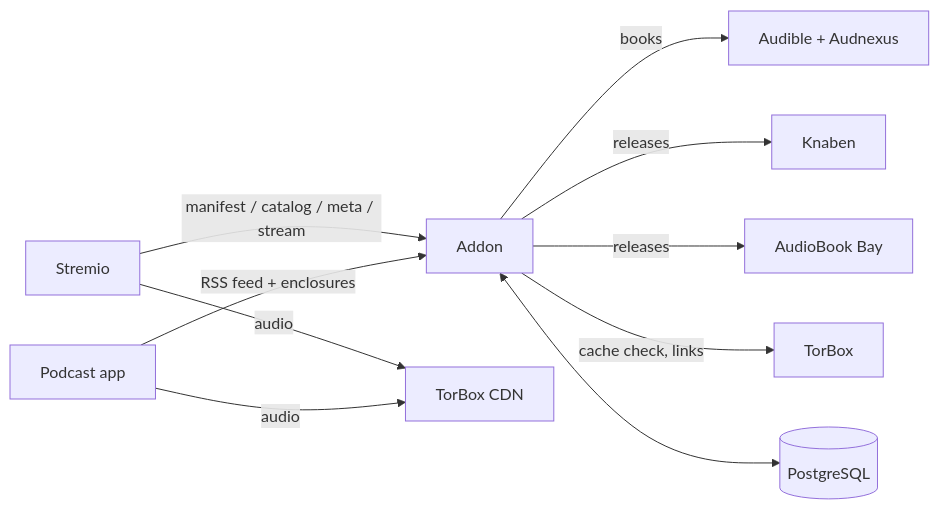
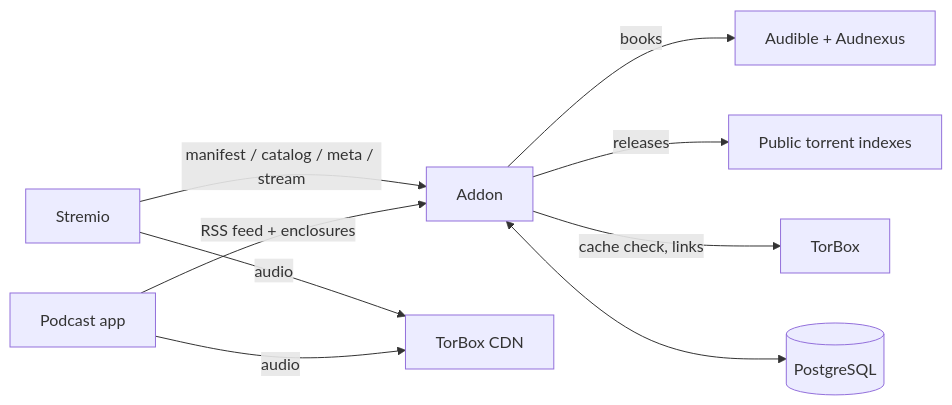
The diagram in README.md (AresiusXP/earmark), drawn with Mermaid before and after one commit. The commit also changed other lines of this file and 5 other files, not shown here.

First line of the commit message:
docs: make the public docs generic and neutral about indexes and deployment

````diff
--- a/README.md
+++ b/README.md
@@ -52,12 +52,11 @@
 ```mermaid
 flowchart LR
   S[Stremio] -- manifest / catalog / meta / stream --> A[Addon]
   P[Podcast app] -- RSS feed + enclosures --> A
   A -- books --> AU[Audible + Audnexus]
-  A -- releases --> K[Knaben]
-  A -- releases --> B[AudioBook Bay]
+  A -- releases --> I[Public torrent indexes]
   A -- cache check, links --> T[TorBox]
   A <--> DB[(PostgreSQL)]
   S -- audio --> C[TorBox CDN]
   P -- audio --> C
 ```
````
